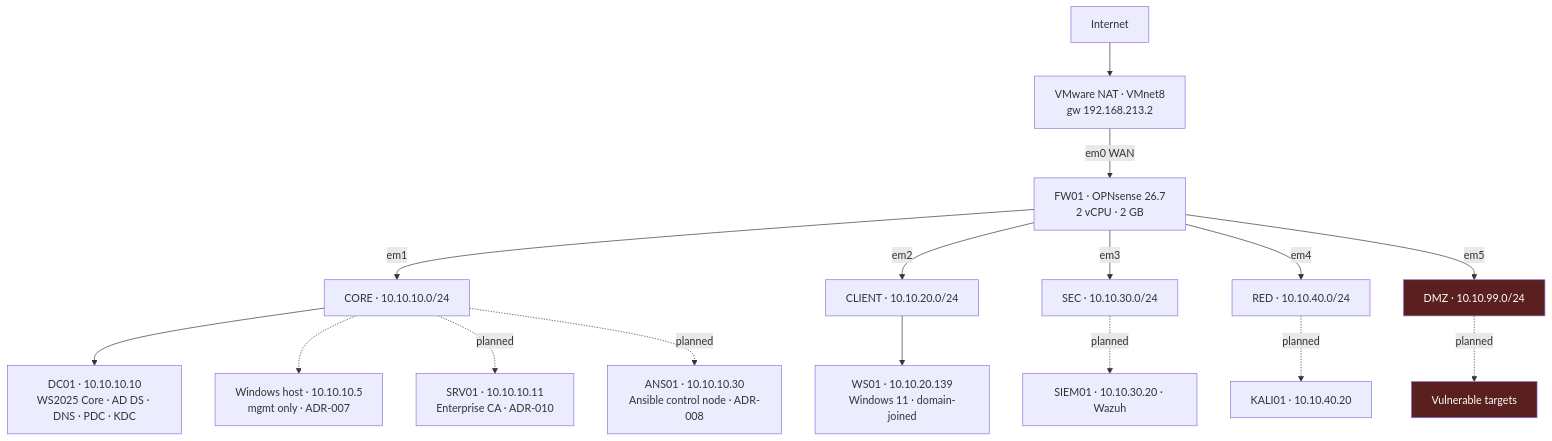
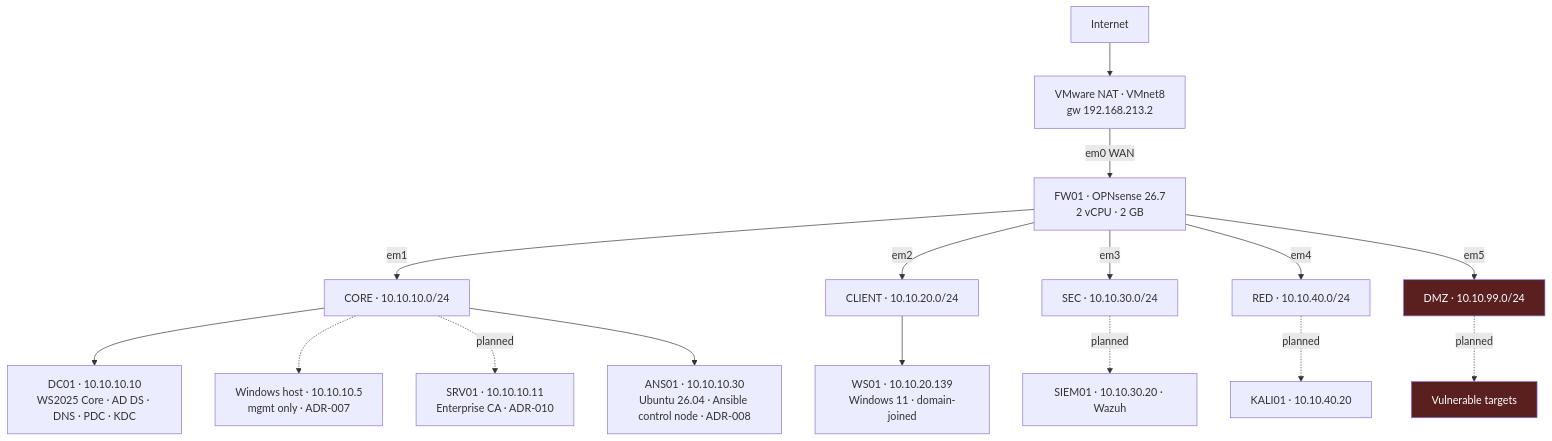
One commit to Icejandeperio/VaultLab-IT-Infrastructure-Learning changed the diagram in docs/topology.md. Above: the diagram before and after it, drawn with Mermaid. The commit also changed 4 other files, not shown here.

````diff
--- a/docs/topology.md
+++ b/docs/topology.md
@@ -5,23 +5,23 @@
 ```mermaid
 graph TD
     NET[Internet] --> NAT[VMware NAT · VMnet8<br/>gw 192.168.213.2]
     NAT -->|em0 WAN| FW[FW01 · OPNsense 26.7<br/>2 vCPU · 2 GB]
 
     FW -->|em1| CORE[CORE · 10.10.10.0/24]
     FW -->|em2| CLIENT[CLIENT · 10.10.20.0/24]
     FW -->|em3| SEC[SEC · 10.10.30.0/24]
     FW -->|em4| RED[RED · 10.10.40.0/24]
     FW -->|em5| DMZ[DMZ · 10.10.99.0/24]
 
     CORE --> DC01[DC01 · 10.10.10.10<br/>WS2025 Core · AD DS · DNS · PDC · KDC]
     CORE -.-> HOST[Windows host · 10.10.10.5<br/>mgmt only · ADR-007]
     CORE -.planned.-> SRV01[SRV01 · 10.10.10.11<br/>Enterprise CA · ADR-010]
-    CORE -.planned.-> ANS01[ANS01 · 10.10.10.30<br/>Ansible control node · ADR-008]
+    CORE --> ANS01[ANS01 · 10.10.10.30<br/>Ubuntu 26.04 · Ansible control node · ADR-008]
     CLIENT --> WS01[WS01 · 10.10.20.139<br/>Windows 11 · domain-joined]
     SEC -.planned.-> SIEM01[SIEM01 · 10.10.30.20 · Wazuh]
     RED -.planned.-> KALI01[KALI01 · 10.10.40.20]
     DMZ -.planned.-> TGT[Vulnerable targets]
 
     style DMZ fill:#5a1f1f,color:#fff
     style TGT fill:#5a1f1f,color:#fff
 ```
````
